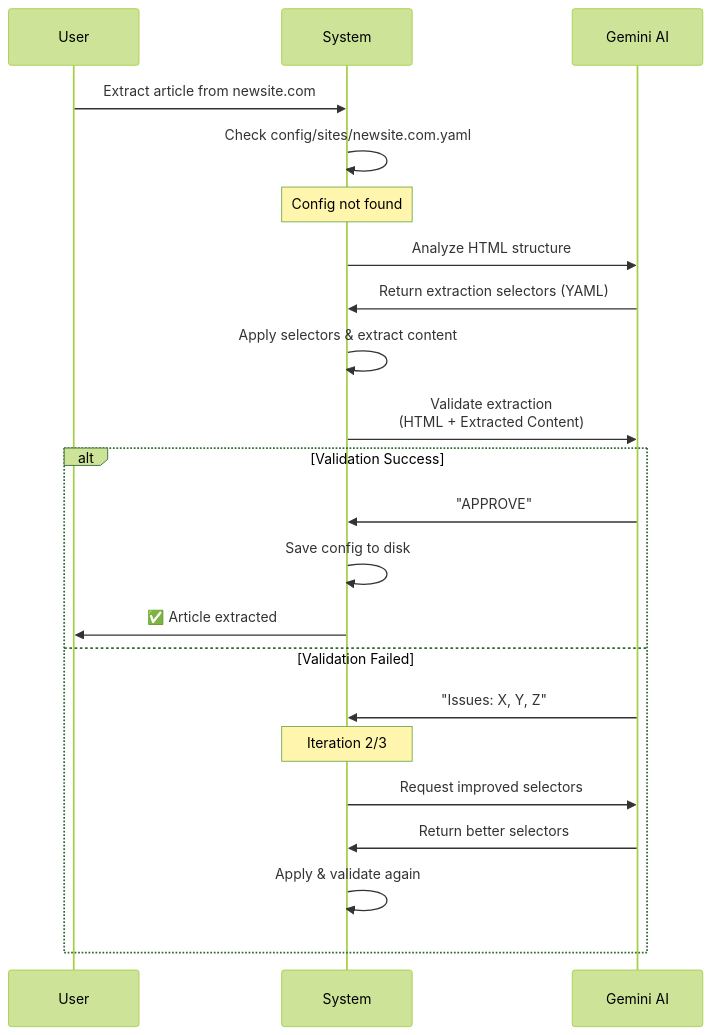
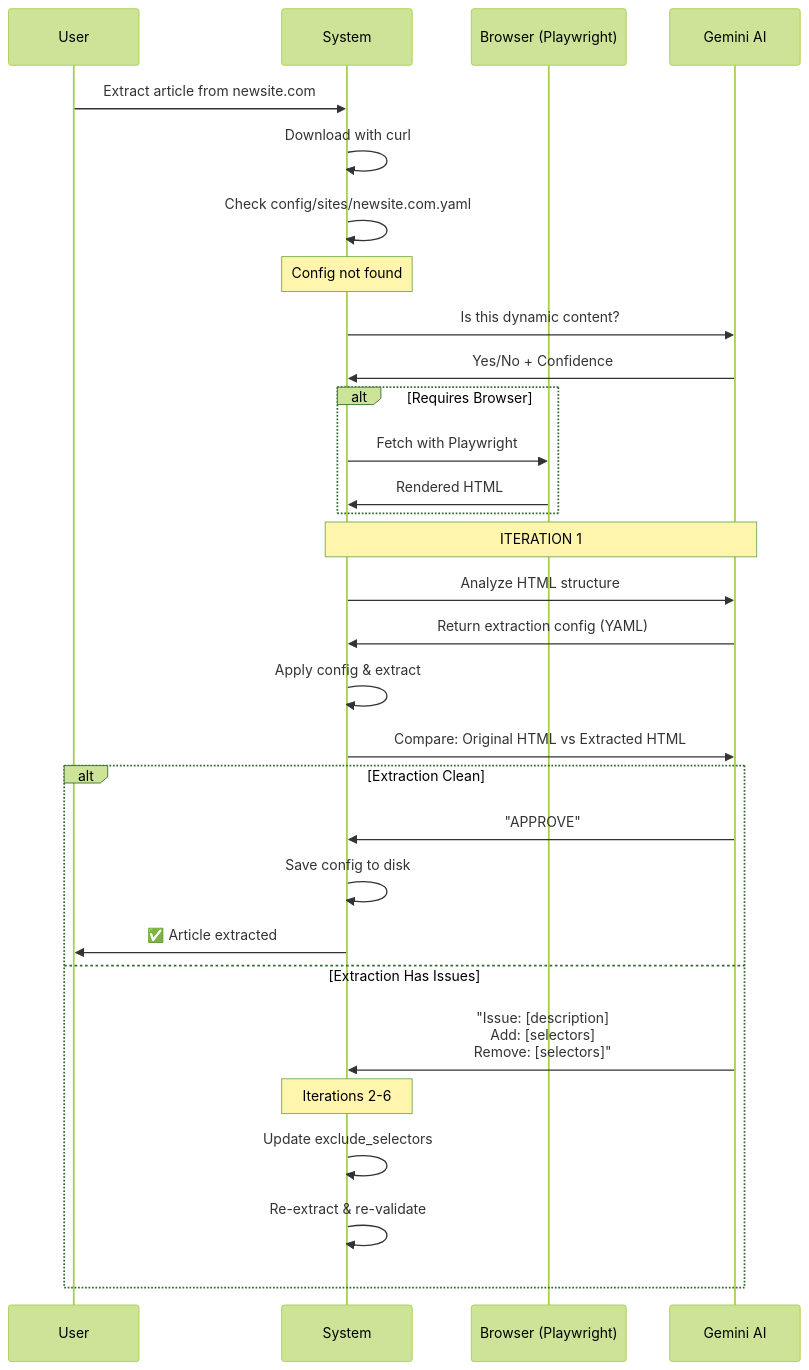
Before and after one commit to Denter-/article-2-text: the second of 3 diagrams in docs/technical/site-registry.md, drawn with Mermaid (forest theme). The commit also changed other lines of this file and 13 other files, not shown here.

````diff
--- a/docs/technical/site-registry.md
+++ b/docs/technical/site-registry.md
@@ -94,30 +112,40 @@
 ```mermaid
 sequenceDiagram
     participant U as User
     participant S as System
+    participant B as Browser (Playwright)
     participant G as Gemini AI
     
     U->>S: Extract article from newsite.com
+    S->>S: Download with curl
     S->>S: Check config/sites/newsite.com.yaml
     
     Note over S: Config not found
     
+    S->>G: Is this dynamic content?
+    G->>S: Yes/No + Confidence
+    
+    alt Requires Browser
+        S->>B: Fetch with Playwright
+        B->>S: Rendered HTML
+    end
+    
+    Note over S,G: ITERATION 1
     S->>G: Analyze HTML structure
-    G->>S: Return extraction selectors (YAML)
+    G->>S: Return extraction config (YAML)
     
-    S->>S: Apply selectors & extract content
+    S->>S: Apply config & extract
     
-    S->>G: Validate extraction<br/>(HTML + Extracted Content)
+    S->>G: Compare: Original HTML vs Extracted HTML
     
-    alt Validation Success
+    alt Extraction Clean
         G->>S: "APPROVE"
         S->>S: Save config to disk
         S->>U: ✅ Article extracted
-    else Validation Failed
-        G->>S: "Issues: X, Y, Z"
-        Note over S: Iteration 2/3
-        S->>G: Request improved selectors
-        G->>S: Return better selectors
-        S->>S: Apply & validate again
+    else Extraction Has Issues
+        G->>S: "Issue: [description]<br/>Add: [selectors]<br/>Remove: [selectors]"
+        Note over S: Iterations 2-6
+        S->>S: Update exclude_selectors
+        S->>S: Re-extract & re-validate
     end
 ```
````
